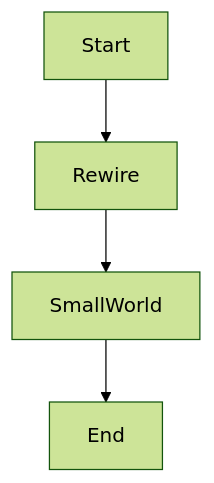
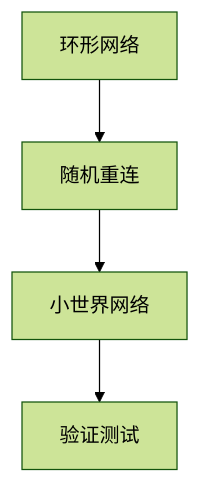
One commit to AdaMartin18010/GraphNetWorkCommunicate changed the diagram in docs/02-网络拓扑/03-小世界网络.md. Above: the diagram before and after it, drawn with Mermaid (forest theme). The commit also changed other lines of this file and 16 other files, not shown here.

````diff
--- a/docs/02-网络拓扑/03-小世界网络.md
+++ b/docs/02-网络拓扑/03-小世界网络.md
@@ -46,6 +279,6 @@
     ```mermaid
     graph TD;
-      Start-->Rewire;
-      Rewire-->SmallWorld;
-      SmallWorld-->End;
+      环形网络-->随机重连;
+      随机重连-->小世界网络;
+      小世界网络-->验证测试;
     ```
````
